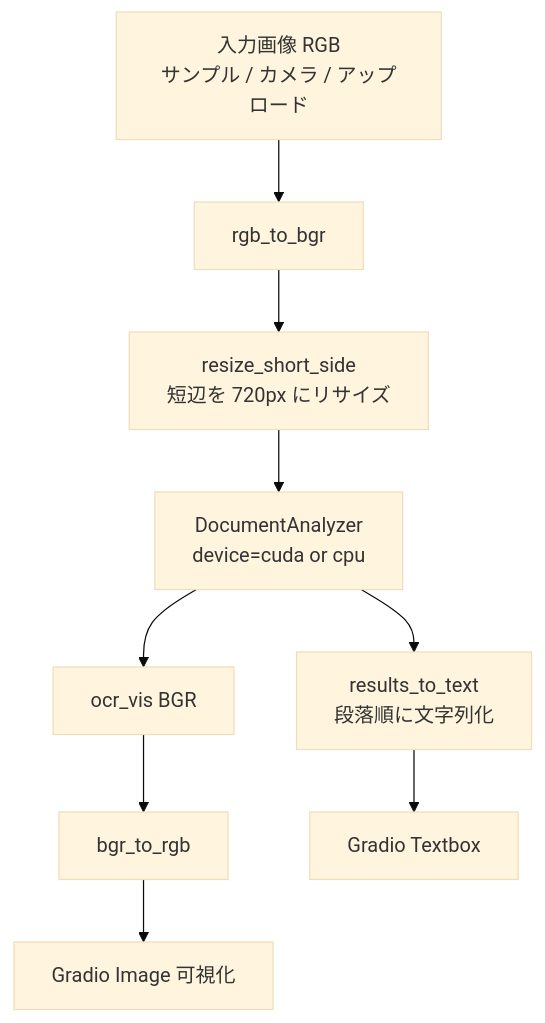
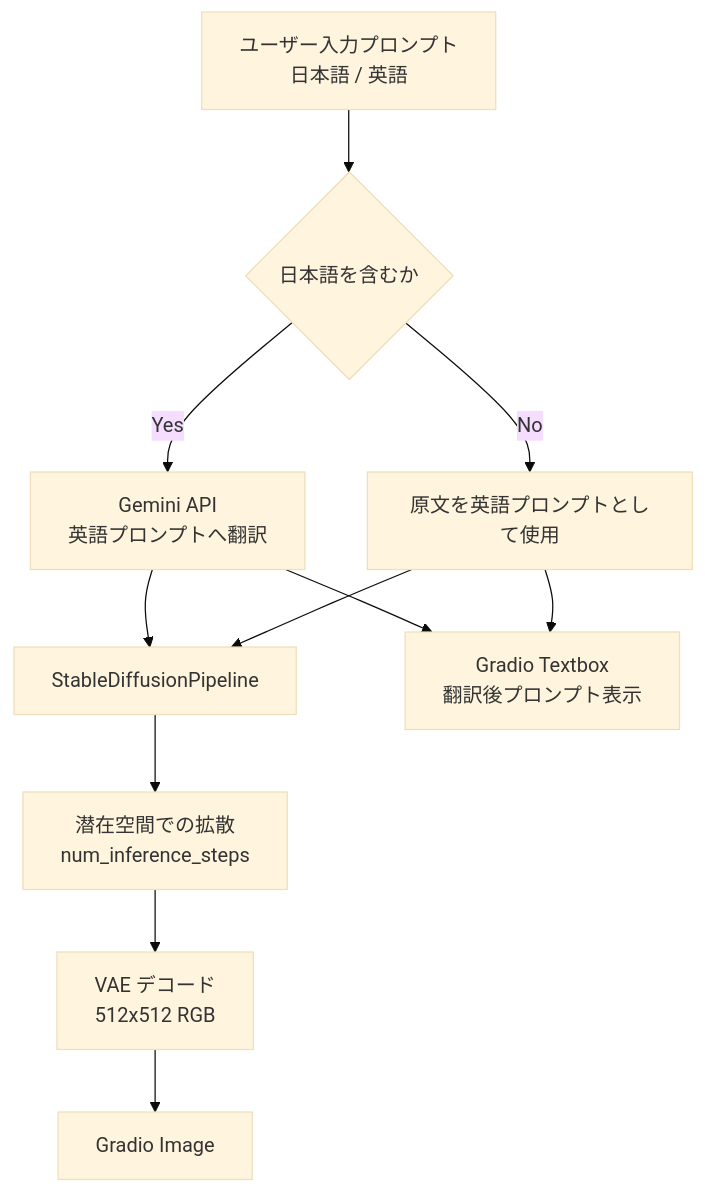
Before and after one commit to yryo1005/OpenCampus_Demo: the first of 2 diagrams in document.md, drawn with Mermaid (base theme). The commit also changed other lines of this file and 4 other files, not shown here.

````diff
--- a/document.md
+++ b/document.md
@@ -32,11 +33,13 @@
 ```mermaid
 flowchart TD
-    A[入力画像 RGB<br/>サンプル / カメラ / アップロード] --> B[rgb_to_bgr]
-    B --> C[resize_short_side<br/>短辺を 720px にリサイズ]
-    C --> D[DocumentAnalyzer<br/>device=cuda or cpu]
-    D --> E[results_to_text<br/>段落順に文字列化]
-    D --> F[ocr_vis BGR]
-    F --> G[bgr_to_rgb]
-    E --> H[Gradio Textbox]
-    G --> I[Gradio Image 可視化]
+    A[ユーザー入力プロンプト<br/>日本語 / 英語] --> B{日本語を含むか}
+    B -->|Yes| C[Gemini API<br/>英語プロンプトへ翻訳]
+    B -->|No| D[原文を英語プロンプトとして使用]
+    C --> E[StableDiffusionPipeline]
+    D --> E
+    E --> F[潜在空間での拡散<br/>num_inference_steps]
+    F --> G[VAE デコード<br/>512x512 RGB]
+    G --> H[Gradio Image]
+    C --> I[Gradio Textbox<br/>翻訳後プロンプト表示]
+    D --> I
 ```
````
